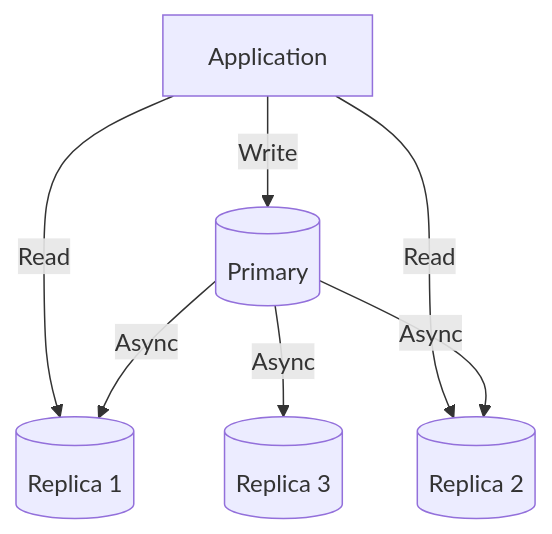
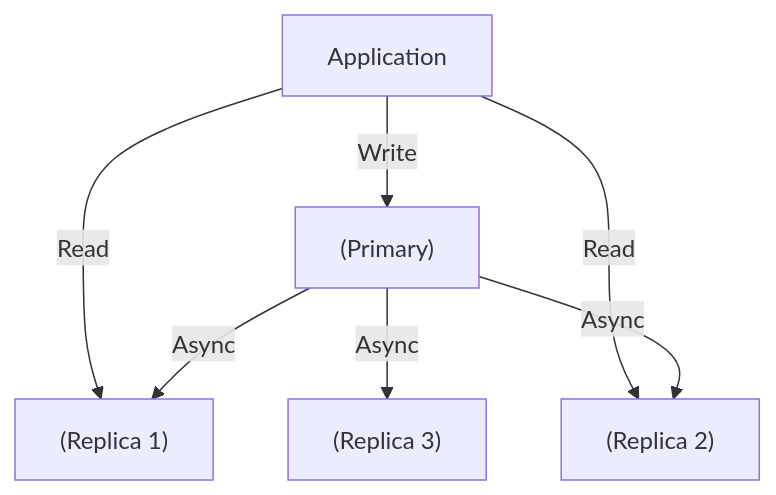
The fourth of 14 diagrams in src/interview/system-design/hld/availability.md (vanos001/placement_prep), drawn with Mermaid before and after one commit. The commit also changed other lines of this file and 19 other files, not shown here.

First line of the commit message:
fix(mermaid,links): repair regressions after merging dev into dev2

````diff
--- a/src/interview/system-design/hld/availability.md
+++ b/src/interview/system-design/hld/availability.md
@@ -172,9 +172,9 @@
 ```mermaid
 graph TD
-    APP[Application] -->|Write| P[(Primary)]
-    P -->|Async| R1[(Replica 1)]
-    P -->|Async| R2[(Replica 2)]
-    P -->|Async| R3[(Replica 3)]
+    APP[Application] -->|Write| P["(Primary)"]
+    P -->|Async| R1["(Replica 1)"]
+    P -->|Async| R2["(Replica 2)"]
+    P -->|Async| R3["(Replica 3)"]
     APP -->|Read| R1
     APP -->|Read| R2
 ```
````
